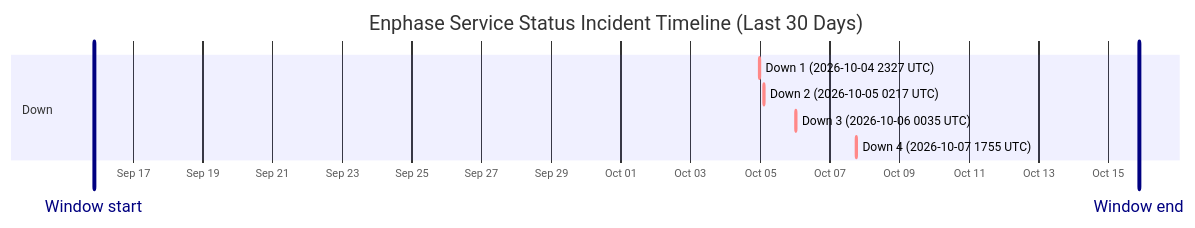
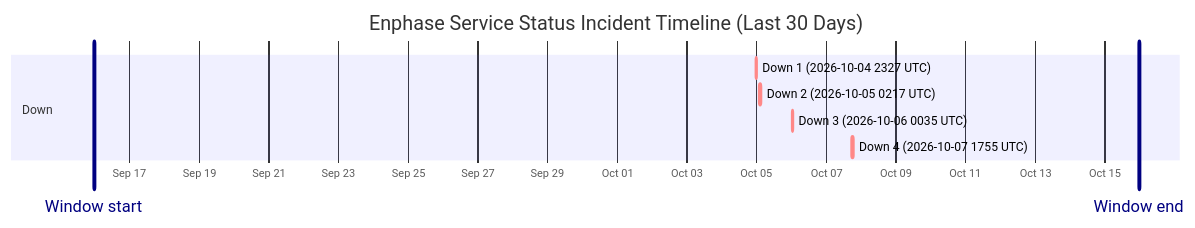
One commit to barneyonline/ha-enphase-energy changed the diagram in wiki/Service-Status-History.md. Above: the diagram before and after it, drawn with Mermaid. The commit also changed other lines of this file and 3 other files, not shown here.

````diff
--- a/wiki/Service-Status-History.md
+++ b/wiki/Service-Status-History.md
@@ -14,13 +14,13 @@
 ```mermaid
 gantt
     title Enphase Service Status Incident Timeline (Last 30 Days)
     dateFormat  YYYY-MM-DDTHH:mm:ss
     axisFormat  %b %d
-    Window start :vert, window-start, 2026-09-15T20:56:35, 0ms
-    Window end :vert, window-end, 2026-10-15T20:56:35, 0ms
+    Window start :vert, window-start, 2026-09-15T23:33:49, 0ms
+    Window end :vert, window-end, 2026-10-15T23:33:49, 0ms
     section Down
     Down 1 (2026-10-04 2327 UTC) :crit, down-1, 2026-10-04T23:27:34, 60m
     Down 2 (2026-10-05 0217 UTC) :crit, down-2, 2026-10-05T02:17:30, 60m
     Down 3 (2026-10-06 0035 UTC) :crit, down-3, 2026-10-06T00:35:21, 60m
     Down 4 (2026-10-07 1755 UTC) :crit, down-4, 2026-10-07T17:55:16, 60m
 ```
````
